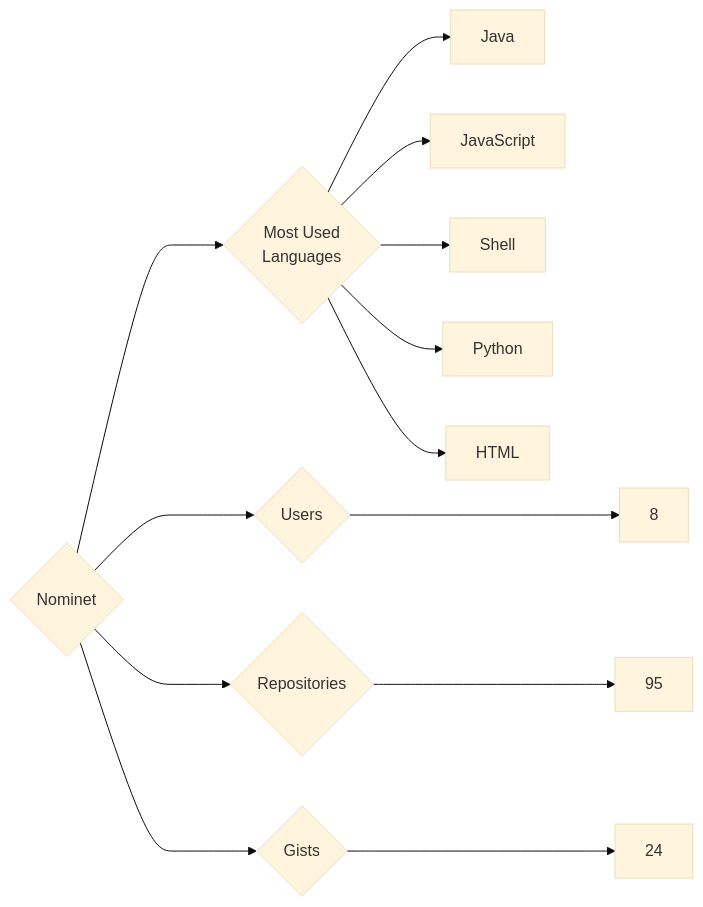
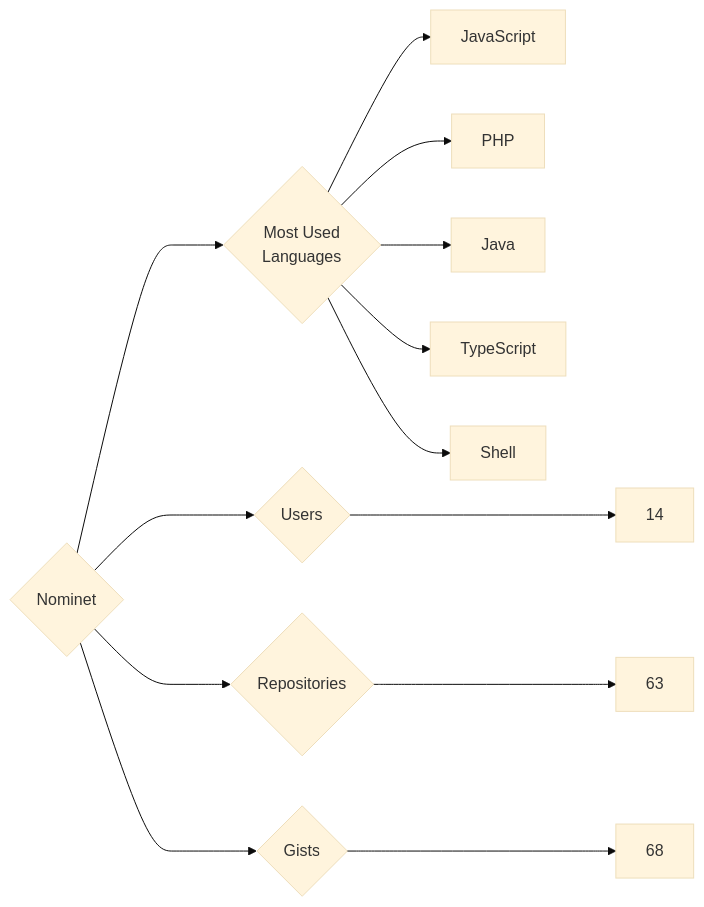
Before and after one commit to trickest/insiders: the diagram in targets/Nominet/README.md, drawn with Mermaid (base theme). The commit also changed 964 other files, not shown here.

````diff
--- a/targets/Nominet/README.md
+++ b/targets/Nominet/README.md
@@ -3,13 +3,13 @@
 ```mermaid
 graph LR
 COMPANY_NAME{Nominet}
-COMPANY_NAME ---> U{Users} ---> UN[8]
-COMPANY_NAME ---> R{Repositories} ---> RN[95]
-COMPANY_NAME ---> G{Gists} ---> GN[24]
+COMPANY_NAME ---> U{Users} ---> UN[14]
+COMPANY_NAME ---> R{Repositories} ---> RN[63]
+COMPANY_NAME ---> G{Gists} ---> GN[68]
 COMPANY_NAME ---> ML{Most Used<br>Languages}
+ML --> JavaScript[JavaScript]
+ML --> PHP[PHP]
 ML --> Java[Java]
-ML --> JavaScript[JavaScript]
+ML --> TypeScript[TypeScript]
 ML --> Shell[Shell]
-ML --> Python[Python]
-ML --> HTML[HTML]
 ```
````
